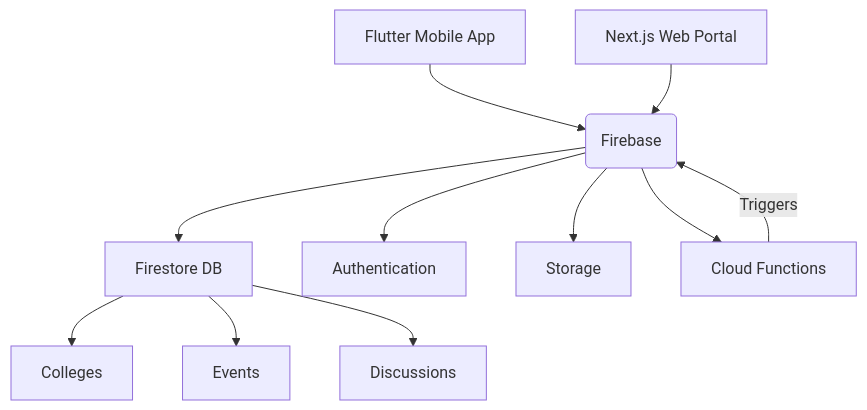
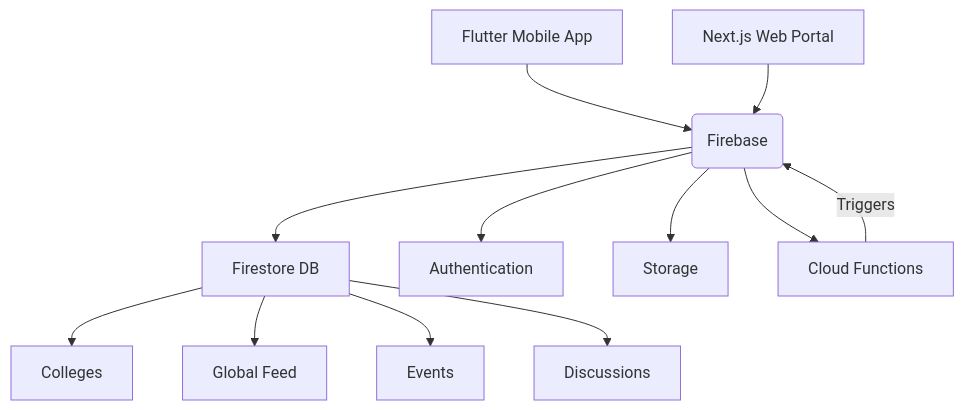
One commit to therev2/Unyt changed the second of 2 diagrams in README2.md. Above: the diagram before and after it, drawn with Mermaid.

````diff
--- a/README2.md
+++ b/README2.md
@@ -118,16 +118,17 @@
 ```mermaid
 graph TD
     A[Flutter Mobile App] --> B(Firebase)
     C[Next.js Web Portal] --> B
 
     B --> D[Firestore DB]
     B --> E[Authentication]
     B --> F[Storage]
 
     B --> G[Cloud Functions]
     G -->|Triggers| B
 
     D --> H[Colleges]
-    D --> I[Events]
-    D --> J[Discussions]
+    D --> I[Global Feed]
+    D --> J[Events]
+    D --> K[Discussions]
 ```
````
